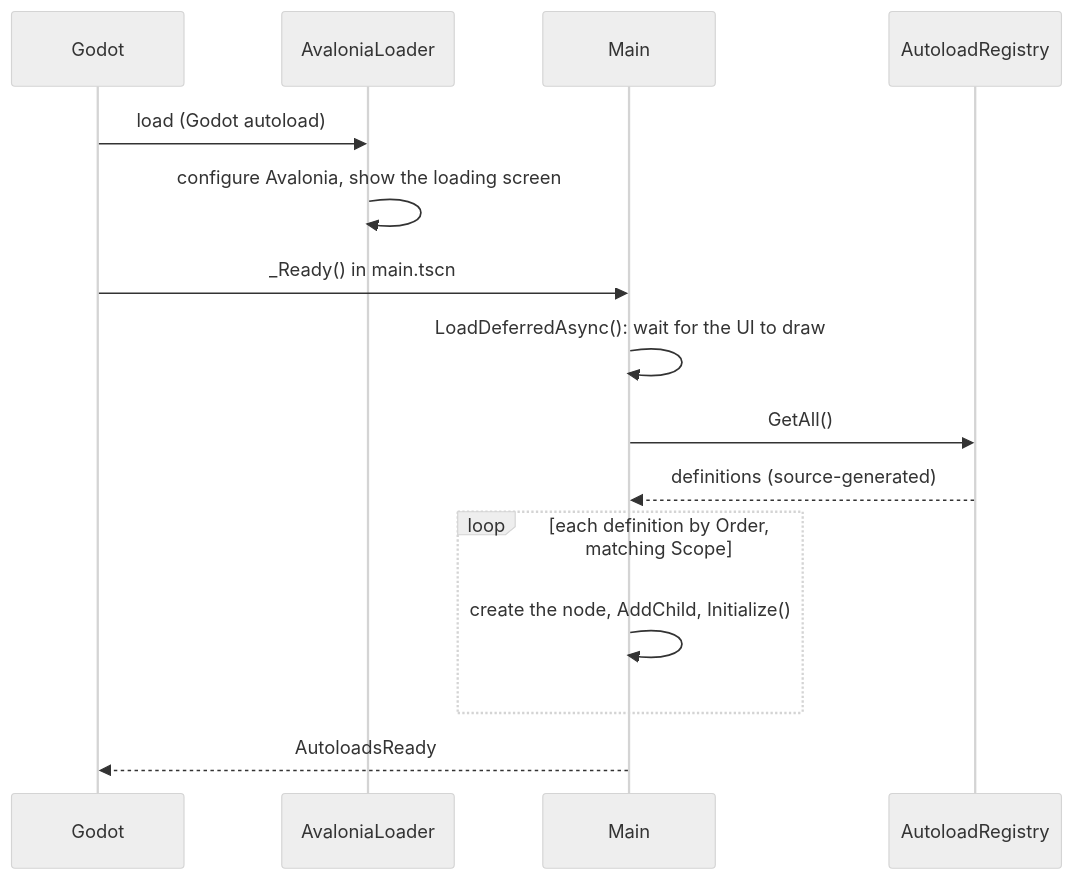
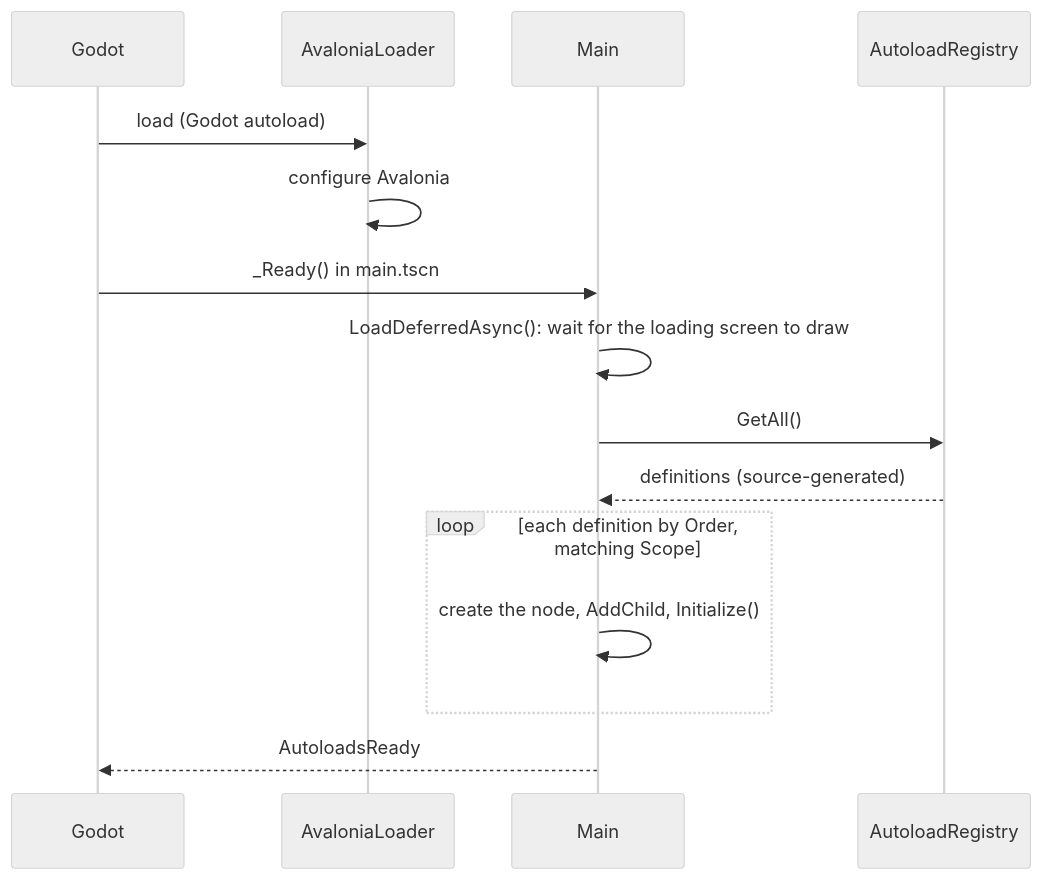
One commit to SubParSuperCar/Ensemble changed the third of 8 diagrams in .github/TECHNICAL.md. Above: the diagram before and after it, drawn with Mermaid (neutral theme). The commit also changed other lines of this file and 7 other files, not shown here.

````diff
--- a/.github/TECHNICAL.md
+++ b/.github/TECHNICAL.md
@@ -169,17 +169,17 @@
 ```mermaid
 sequenceDiagram
     participant G as Godot
     participant AL as AvaloniaLoader
     participant M as Main
     participant R as AutoloadRegistry
     G->>AL: load (Godot autoload)
-    AL->>AL: configure Avalonia, show the loading screen
+    AL->>AL: configure Avalonia
     G->>M: _Ready() in main.tscn
-    M->>M: LoadDeferredAsync(): wait for the UI to draw
+    M->>M: LoadDeferredAsync(): wait for the loading screen to draw
     M->>R: GetAll()
     R-->>M: definitions (source-generated)
     loop each definition by Order, matching Scope
         M->>M: create the node, AddChild, Initialize()
     end
     M-->>G: AutoloadsReady
 ```
````
